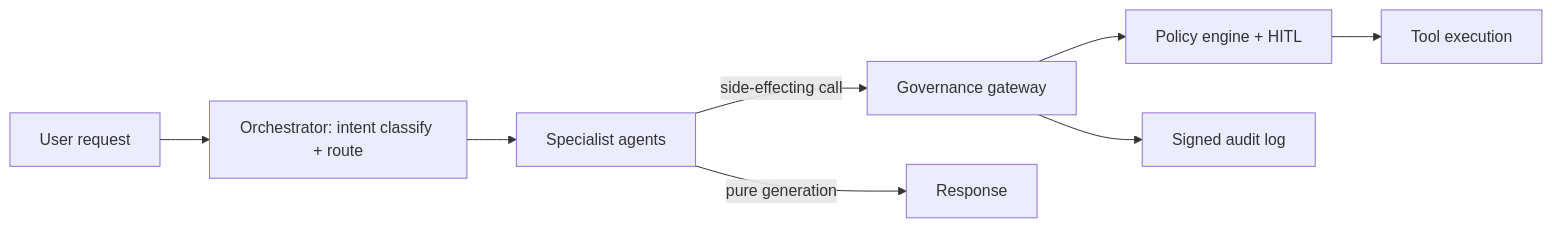
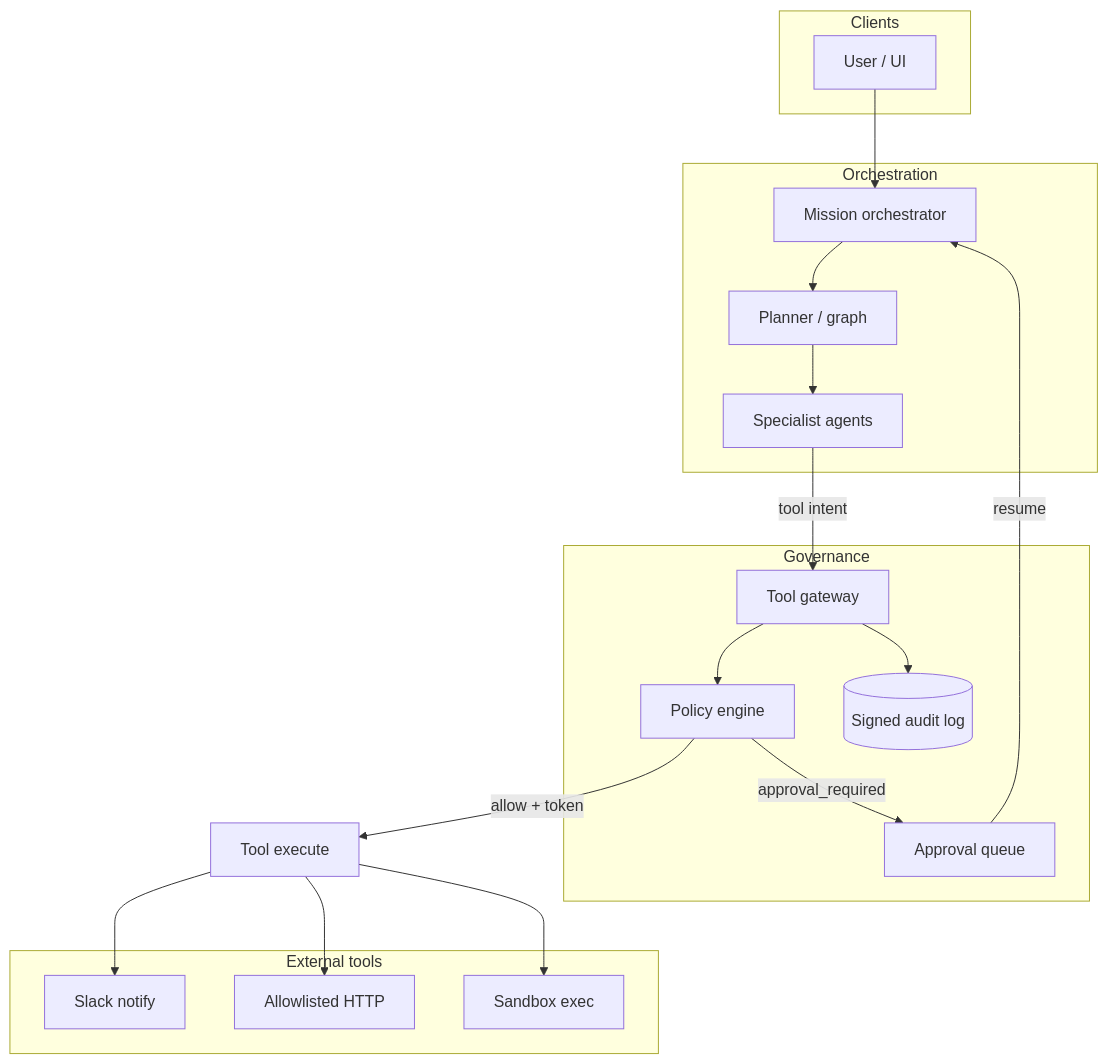
One commit to vpeetla-ai/ai-architect-interview-playbook changed the diagram in ui/content/markdown/ai-system-design/03-agent-tool-use-orchestration-platform.md. Above: the diagram before and after it, drawn with Mermaid. The commit also changed other lines of this file and 54 other files, not shown here.

First line of the commit message:
Upgrade system-design APIs and replace HLD flowcharts with architecture diagrams.

````diff
--- a/ui/content/markdown/ai-system-design/03-agent-tool-use-orchestration-platform.md
+++ b/ui/content/markdown/ai-system-design/03-agent-tool-use-orchestration-platform.md
@@ -50,10 +67,32 @@
 ```mermaid
-flowchart LR
-    U[User request] --> ORCH[Orchestrator: intent classify + route]
-    ORCH --> SP[Specialist agents]
-    SP -->|side-effecting call| GW[Governance gateway]
-    GW --> POL[Policy engine + HITL]
-    POL --> EX[Tool execution]
-    GW --> AUD[Signed audit log]
-    SP -->|pure generation| OUT[Response]
+graph TB
+  subgraph clients [Clients]
+    User[User / UI]
+  end
+  subgraph orch [Orchestration]
+    Orch[Mission orchestrator]
+    Plan[Planner / graph]
+    Agents[Specialist agents]
+  end
+  subgraph gov [Governance]
+    TGW[Tool gateway]
+    Pol[Policy engine]
+    HITL[Approval queue]
+    Audit[(Signed audit log)]
+  end
+  subgraph tools [External tools]
+    Slack[Slack notify]
+    HTTP[Allowlisted HTTP]
+    Code[Sandbox exec]
+  end
+  User --> Orch --> Plan --> Agents
+  Agents -->|tool intent| TGW
+  TGW --> Pol
+  Pol -->|allow + token| Exec[Tool execute]
+  Pol -->|approval_required| HITL
+  HITL -->|resume| Orch
+  Exec --> Slack
+  Exec --> HTTP
+  Exec --> Code
+  TGW --> Audit
 ```
````
